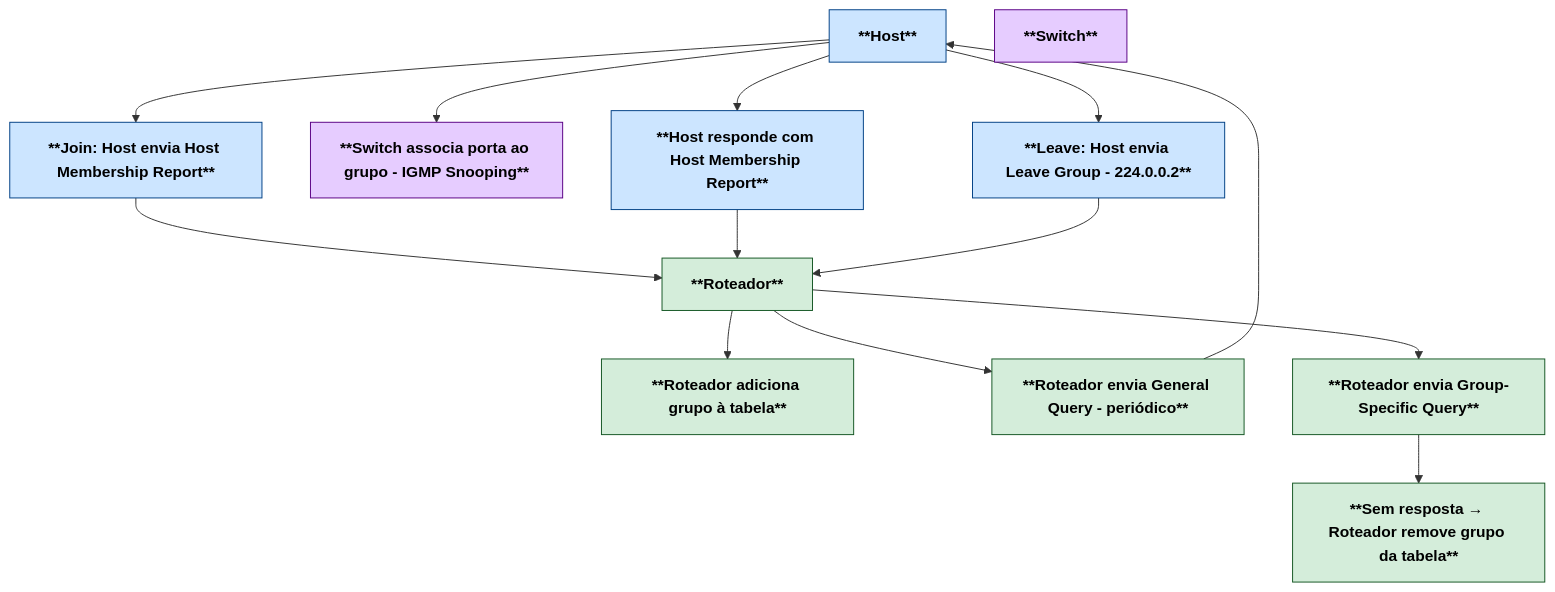
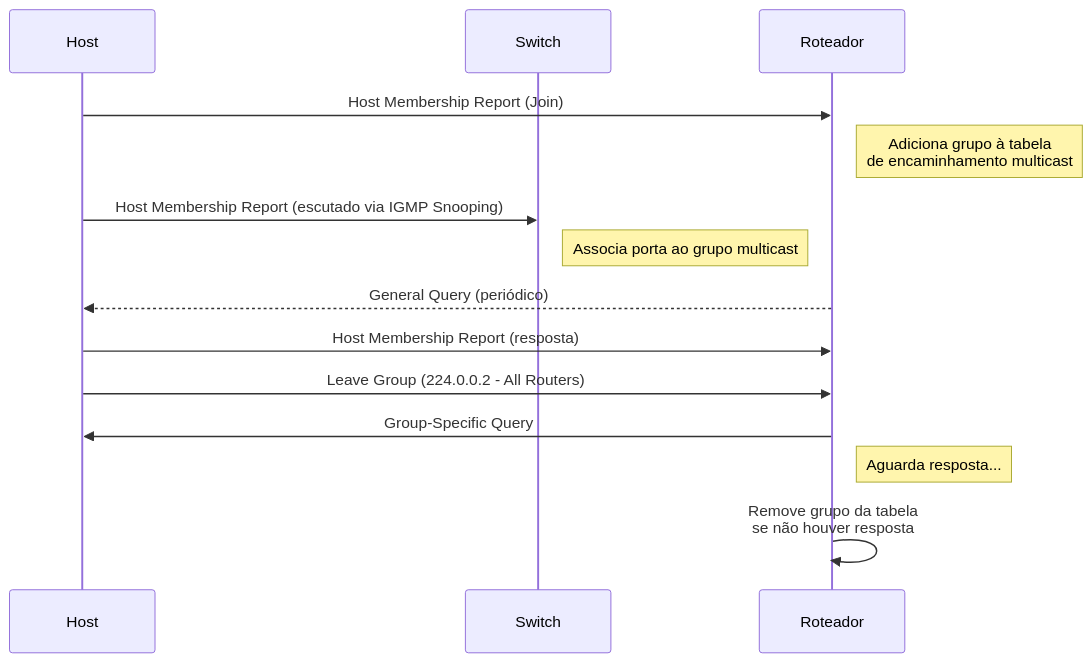
Before and after one commit to alcancil/Cisco: the second of 3 diagrams in CCNP 350-401 ENCOR/03 - Infrastructure/01 - Multicast/02 - IGMP/README.md, drawn with Mermaid. The commit also changed other lines of this file, not shown here.

Commit message:
Alterado o Readme.md

````diff
--- a/CCNP 350-401 ENCOR/03 - Infrastructure/01 - Multicast/02 - IGMP/README.md
+++ b/CCNP 350-401 ENCOR/03 - Infrastructure/01 - Multicast/02 - IGMP/README.md
@@ -136,30 +137,19 @@
 ```mermaid
-flowchart TD
+sequenceDiagram
+    participant Host
+    participant Switch
+    participant Roteador
 
-    %% --- Definição dos nós ---
-    H[**Host**]:::host
-    S[**Switch**]:::switch
-    R[**Roteador**]:::router
+    Host->>Roteador: Host Membership Report (Join)
+    Note right of Roteador: Adiciona grupo à tabela<br>de encaminhamento multicast
+    Host->>Switch: Host Membership Report (escutado via IGMP Snooping)
+    Note right of Switch: Associa porta ao grupo multicast
 
-    J1[**Join: Host envia Host Membership Report**]:::host
-    J2[**Roteador adiciona grupo à tabela**]:::router
-    J3[**Switch associa porta ao grupo - IGMP Snooping**]:::switch
+    Roteador-->>Host: General Query (periódico)
+    Host->>Roteador: Host Membership Report (resposta)
 
-    M1[**Roteador envia General Query - periódico**]:::router
-    M2[**Host responde com Host Membership Report**]:::host
-
-    L1[**Leave: Host envia Leave Group - 224.0.0.2**]:::host
-    L2[**Roteador envia Group-Specific Query**]:::router
-    L3[**Sem resposta → Roteador remove grupo da tabela**]:::router
-
-    %% --- Conexões ---
-    H --> J1 --> R --> J2
-    H --> J3
-    R --> M1 --> H --> M2 --> R
-    H --> L1 --> R --> L2 --> L3
-
-    %% --- Estilos ---
-    classDef host fill:#cce5ff,stroke:#004085,color:#000,font-weight:bold;
-    classDef switch fill:#e6ccff,stroke:#5a0085,color:#000,font-weight:bold;
-    classDef router fill:#d4edda,stroke:#155724,color:#000,font-weight:bold;
+    Host->>Roteador: Leave Group (224.0.0.2 - All Routers)
+    Roteador->>Host: Group-Specific Query
+    Note right of Roteador: Aguarda resposta...
+    Roteador->>Roteador: Remove grupo da tabela<br>se não houver resposta
 ```
````
